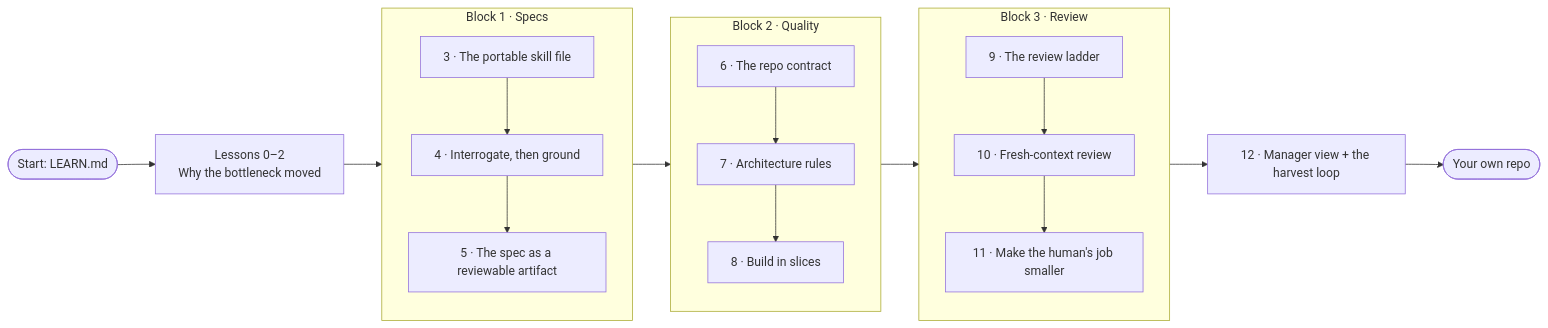
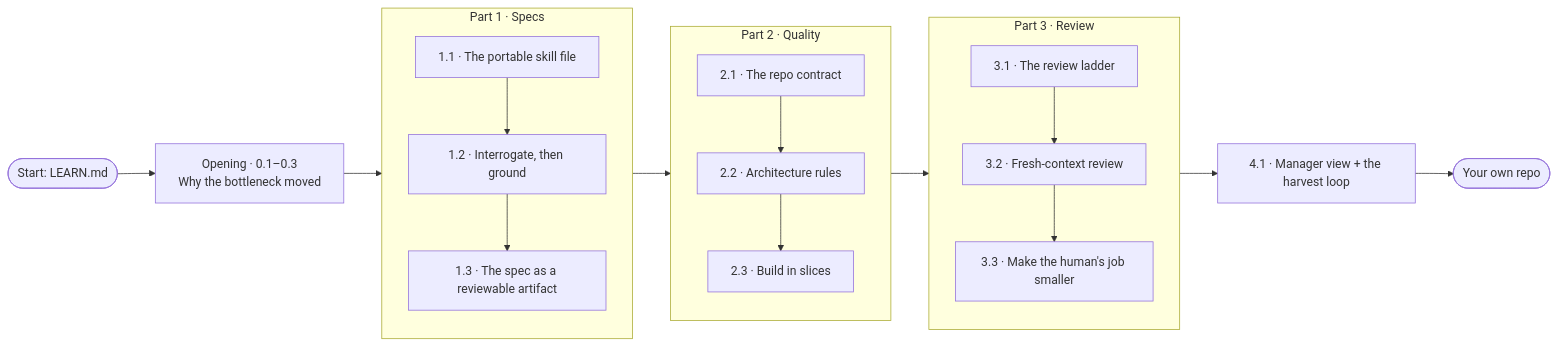
Before and after one commit to limsijie93/tt-masterclass-agentic-sdlc: the first of 9 diagrams in course/guide.md, drawn with Mermaid. The commit also changed other lines of this file and 28 other files, not shown here.

````diff
--- a/course/guide.md
+++ b/course/guide.md
@@ -18,21 +44,21 @@
 ```mermaid
 flowchart LR
-    start(["Start: LEARN.md"]) --> intro["Lessons 0–2<br/>Why the bottleneck moved"]
+    start(["Start: LEARN.md"]) --> intro["Opening · 0.1–0.3<br/>Why the bottleneck moved"]
     intro --> b1
-    subgraph b1["Block 1 · Specs"]
+    subgraph b1["Part 1 · Specs"]
         direction TB
-        l3["3 · The portable skill file"] --> l4["4 · Interrogate, then ground"] --> l5["5 · The spec as a reviewable artifact"]
+        l3["1.1 · The portable skill file"] --> l4["1.2 · Interrogate, then ground"] --> l5["1.3 · The spec as a reviewable artifact"]
     end
     b1 --> b2
-    subgraph b2["Block 2 · Quality"]
+    subgraph b2["Part 2 · Quality"]
         direction TB
-        l6["6 · The repo contract"] --> l7["7 · Architecture rules"] --> l8["8 · Build in slices"]
+        l6["2.1 · The repo contract"] --> l7["2.2 · Architecture rules"] --> l8["2.3 · Build in slices"]
     end
     b2 --> b3
-    subgraph b3["Block 3 · Review"]
+    subgraph b3["Part 3 · Review"]
         direction TB
-        l9["9 · The review ladder"] --> l10["10 · Fresh-context review"] --> l11["11 · Make the human's job smaller"]
+        l9["3.1 · The review ladder"] --> l10["3.2 · Fresh-context review"] --> l11["3.3 · Make the human's job smaller"]
     end
-    b3 --> close["12 · Manager view + the harvest loop"]
+    b3 --> close["4.1 · Manager view + the harvest loop"]
     close --> yours(["Your own repo"])
 ```
````
